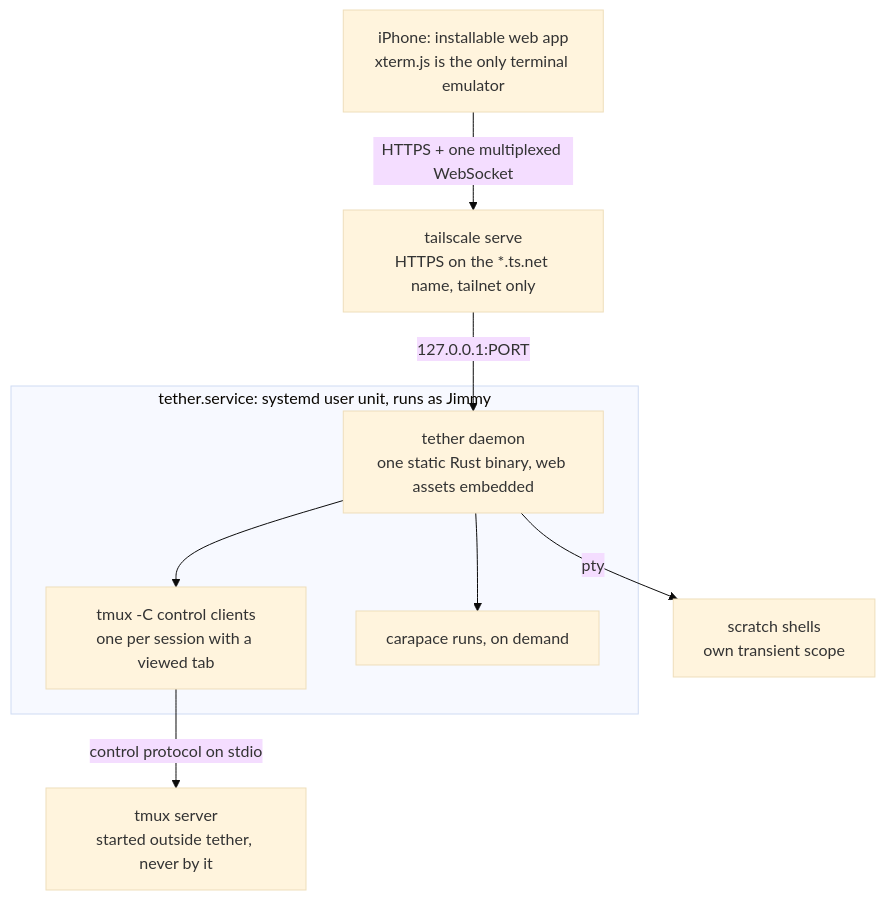
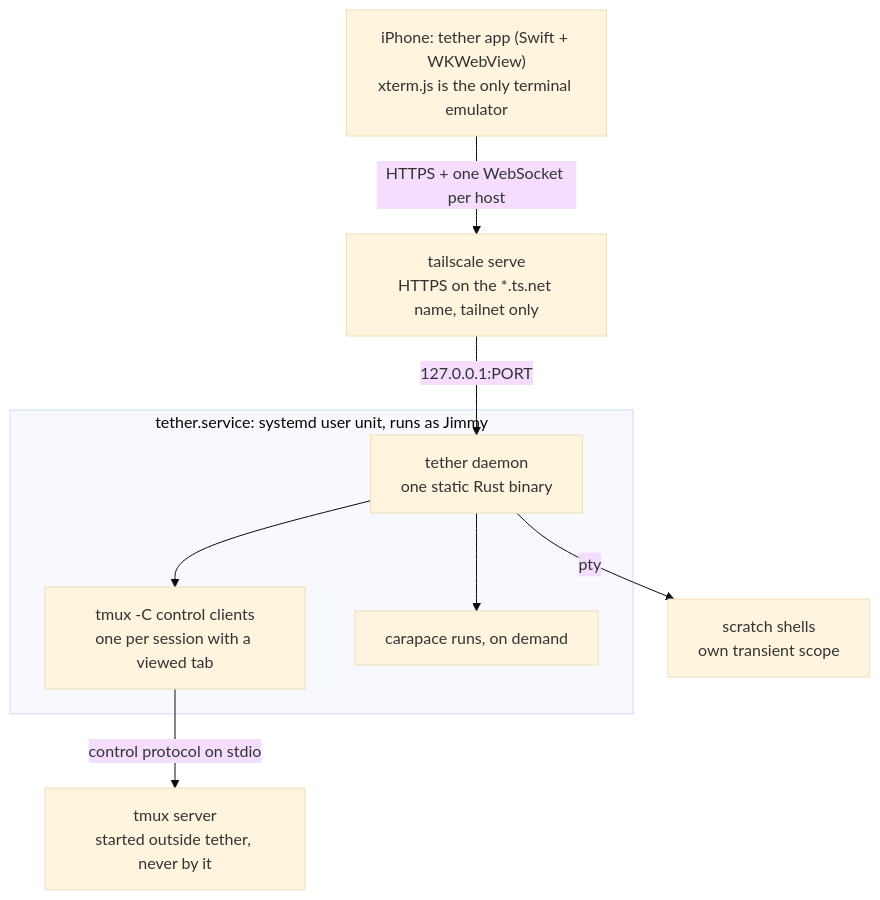
One commit to haowjy/tether changed the diagram in docs/design/plan.md. Above: the diagram before and after it, drawn with Mermaid (base theme). The commit also changed other lines of this file and 5 other files, not shown here.

````diff
--- a/docs/design/plan.md
+++ b/docs/design/plan.md
@@ -177,18 +183,18 @@
 ```mermaid
 flowchart TB
-  phone["iPhone: installable web app<br/>xterm.js is the only terminal emulator"]
+  phone["iPhone: tether app (Swift + WKWebView)<br/>xterm.js is the only terminal emulator"]
   serve["tailscale serve<br/>HTTPS on the *.ts.net name, tailnet only"]
   subgraph unit["tether.service: systemd user unit, runs as Jimmy"]
-    daemon["tether daemon<br/>one static Rust binary, web assets embedded"]
+    daemon["tether daemon<br/>one static Rust binary"]
     cc["tmux -C control clients<br/>one per session with a viewed tab"]
     carapace["carapace runs, on demand"]
   end
   scratch["scratch shells<br/>own transient scope"]
   tmux["tmux server<br/>started outside tether, never by it"]
-  phone -- "HTTPS + one multiplexed WebSocket" --> serve
+  phone -- "HTTPS + one WebSocket per host" --> serve
   serve -- "127.0.0.1:PORT" --> daemon
   daemon --> cc
   cc -- "control protocol on stdio" --> tmux
   daemon --> carapace
   daemon -- "pty" --> scratch
 ```
````
